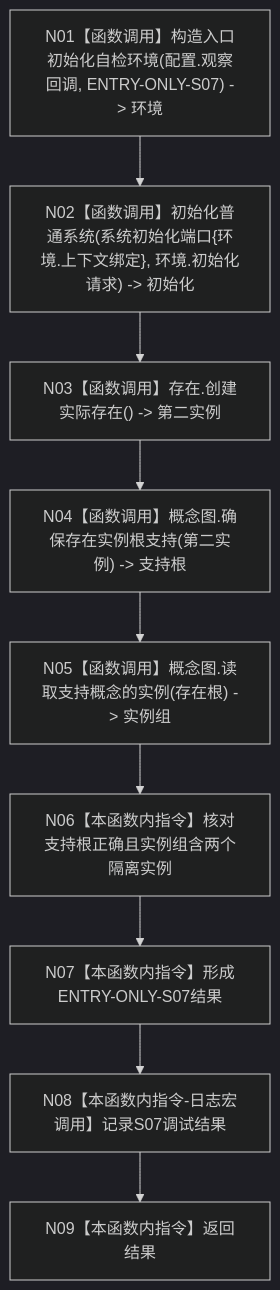
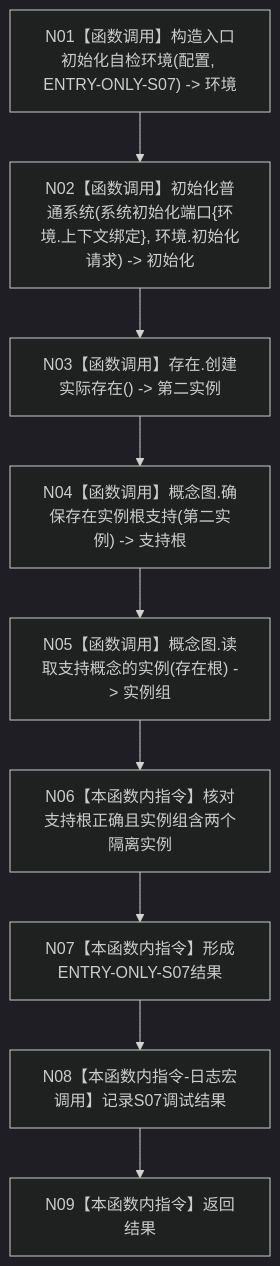
One commit to chunhaizh-cyber/HY-Ego changed the diagram in 流程图/20260726_ENTRY-ONLY_S07_多存在实例根支持_施工流程图_v0.1.md. Above: the diagram before and after it, drawn with Mermaid (dark theme). The commit also changed 51 other files, not shown here.

Commit message:
修订 ENTRY-ONLY 登记设计合同

````diff
--- a/流程图/20260726_ENTRY-ONLY_S07_多存在实例根支持_施工流程图_v0.1.md
+++ b/流程图/20260726_ENTRY-ONLY_S07_多存在实例根支持_施工流程图_v0.1.md
@@ -27,11 +27,11 @@
 ```mermaid
 flowchart TD
-    N01["N01【函数调用】构造入口初始化自检环境(配置.观察回调, ENTRY-ONLY-S07) -> 环境"] --> N02["N02【函数调用】初始化普通系统(系统初始化端口{环境.上下文绑定}, 环境.初始化请求) -> 初始化"]
+    N01["N01【函数调用】构造入口初始化自检环境(配置, ENTRY-ONLY-S07) -> 环境"] --> N02["N02【函数调用】初始化普通系统(系统初始化端口{环境.上下文绑定}, 环境.初始化请求) -> 初始化"]
     N02 --> N03["N03【函数调用】存在.创建实际存在() -> 第二实例"]
     N03 --> N04["N04【函数调用】概念图.确保存在实例根支持(第二实例) -> 支持根"]
     N04 --> N05["N05【函数调用】概念图.读取支持概念的实例(存在根) -> 实例组"]
     N05 --> N06["N06【本函数内指令】核对支持根正确且实例组含两个隔离实例"]
     N06 --> N07["N07【本函数内指令】形成ENTRY-ONLY-S07结果"]
     N07 --> N08["N08【本函数内指令-日志宏调用】记录S07调试结果"]
     N08 --> N09["N09【本函数内指令】返回结果"]
 ```
````
